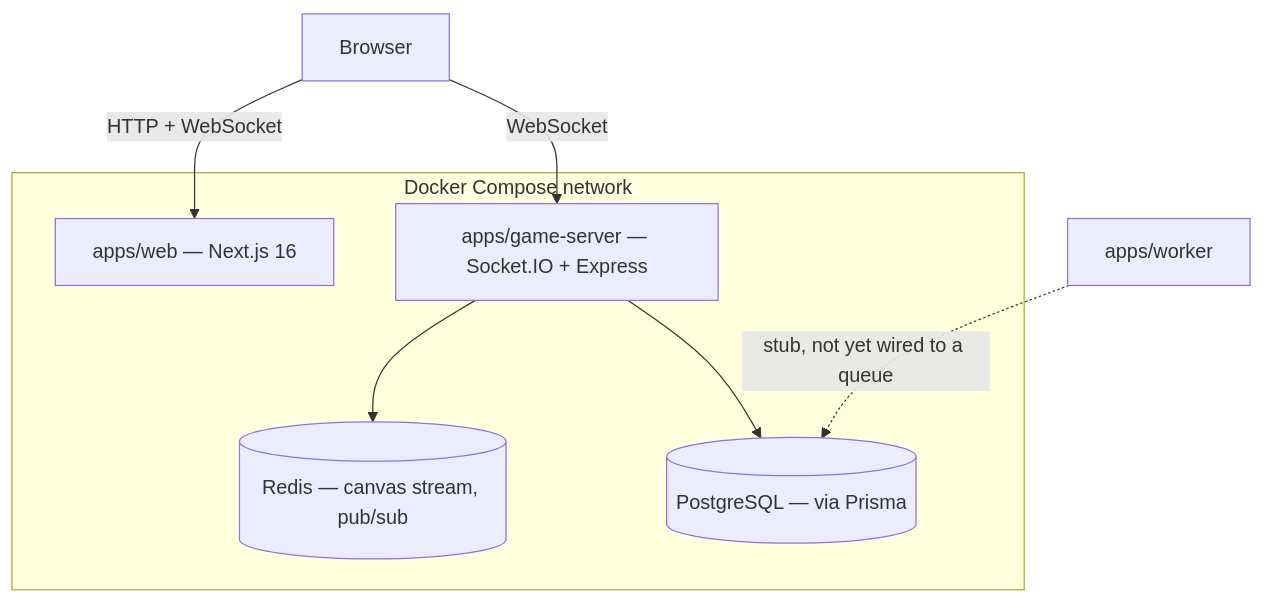
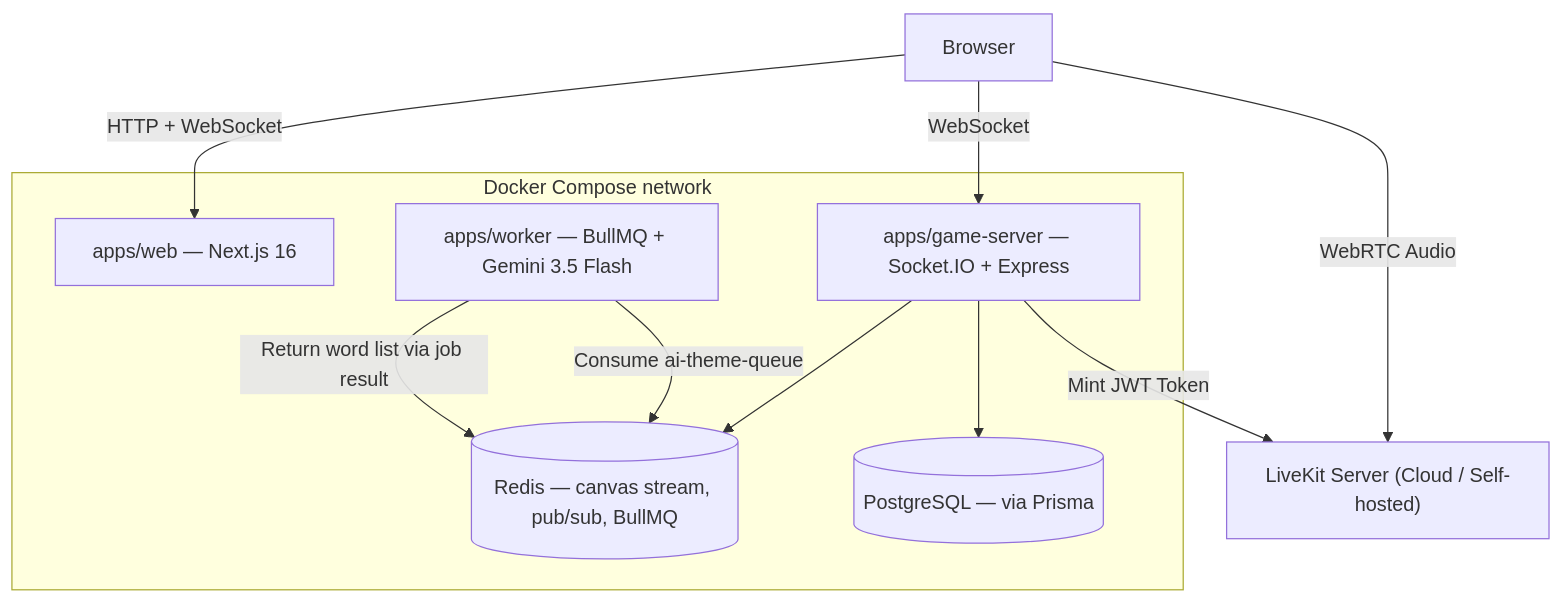
Before and after one commit to mirza-mohammad24/scribblitz: the first of 6 diagrams in README.md, drawn with Mermaid. The commit also changed other lines of this file and 2 other files, not shown here.

````diff
--- a/README.md
+++ b/README.md
@@ -44,15 +50,19 @@
 ```mermaid
 graph TD
-    A[Browser] -->|HTTP + WebSocket| B[apps/web — Next.js 16]
-    A -->|WebSocket| C[apps/game-server — Socket.IO + Express]
-    C --> D[(Redis — canvas stream, pub/sub)]
-    C --> E[(PostgreSQL — via Prisma)]
-    F[apps/worker] -.->|stub, not yet wired to a queue| E
+    A[Browser] -->|HTTP + WebSocket| B["apps/web — Next.js 16"]
+    A -->|WebSocket| C["apps/game-server — Socket.IO + Express"]
+    A -->|WebRTC Audio| L["LiveKit Server (Cloud / Self-hosted)"]
+    C -->|Mint JWT Token| L
+    C --> D[("Redis — canvas stream, pub/sub, BullMQ")]
+    C --> E[("PostgreSQL — via Prisma")]
+    W["apps/worker — BullMQ + Gemini 3.5 Flash"] -->|Consume ai-theme-queue| D
+    W -->|Return word list via job result| D
 
     subgraph "Docker Compose network"
         B
         C
         D
         E
+        W
     end
 ```
````
